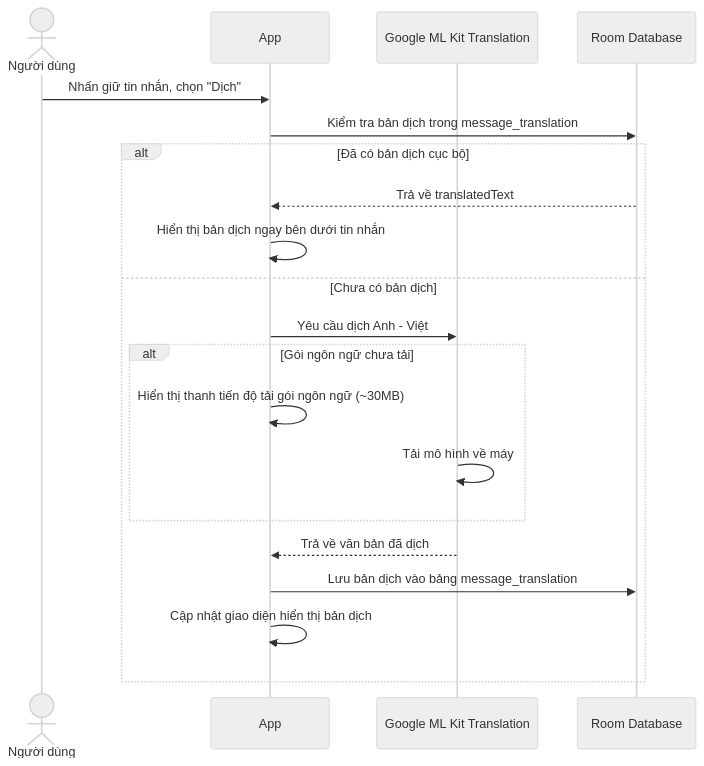
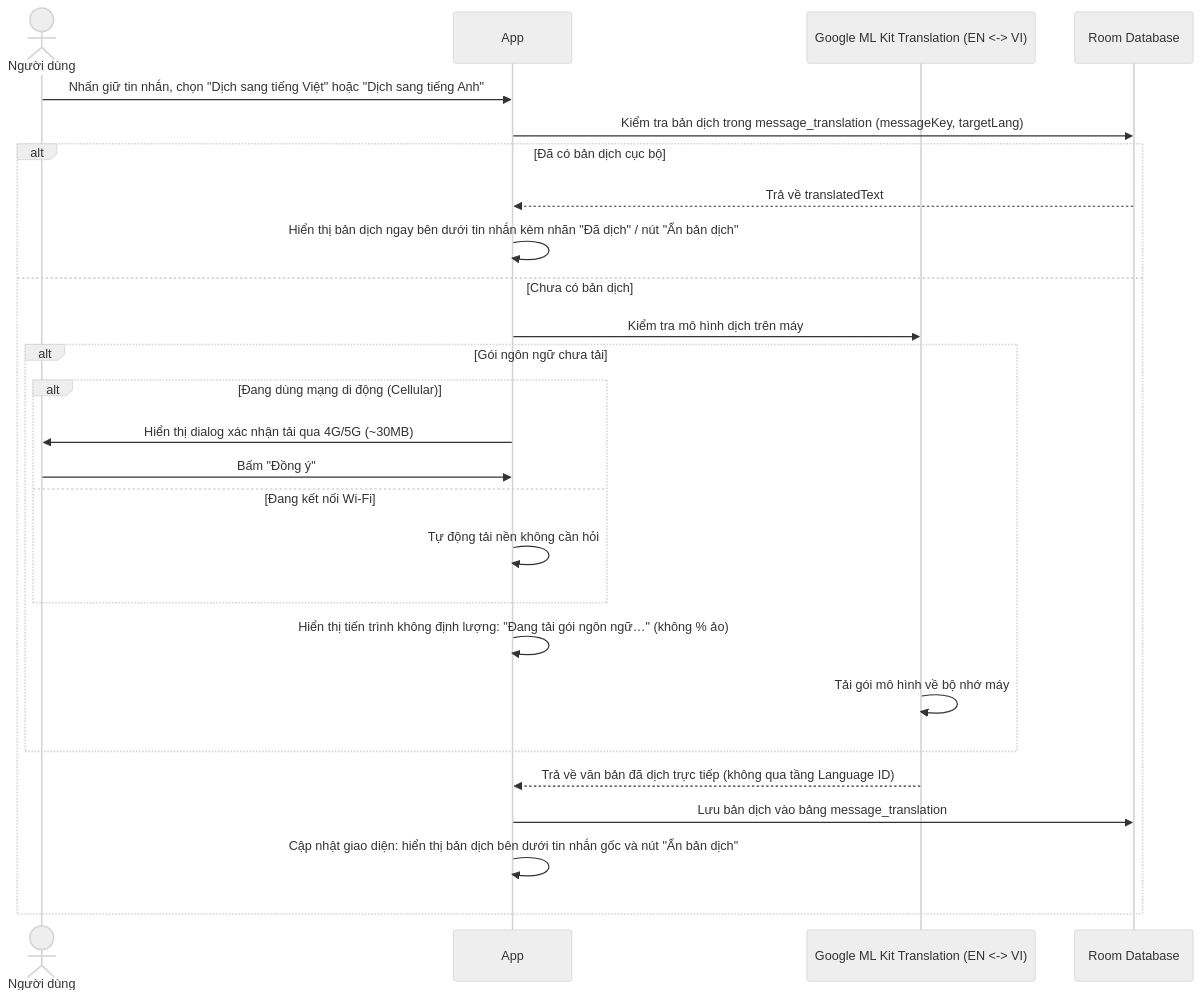
The eighth of 10 diagrams in docs/FLOWS.md (Project-Mobile-TEAM/Project_Mobile), drawn with Mermaid (neutral theme) before and after one commit. The commit also changed other lines of this file and 16 other files, not shown here.

Commit message:
feat(phase6): complete 06-01 media storage, range streaming, location tracer and V6 schema

````diff
--- a/docs/FLOWS.md
+++ b/docs/FLOWS.md
@@ -336,22 +338,28 @@
 ```mermaid
 sequenceDiagram
     actor U as Người dùng
     participant App as App
-    participant ML as Google ML Kit Translation
+    participant ML as Google ML Kit Translation (EN <-> VI)
     participant DB as Room Database
-    U->>App: Nhấn giữ tin nhắn, chọn "Dịch"
-    App->>DB: Kiểm tra bản dịch trong message_translation
+    U->>App: Nhấn giữ tin nhắn, chọn "Dịch sang tiếng Việt" hoặc "Dịch sang tiếng Anh"
+    App->>DB: Kiểm tra bản dịch trong message_translation (messageKey, targetLang)
     alt Đã có bản dịch cục bộ
         DB-->>App: Trả về translatedText
-        App->>App: Hiển thị bản dịch ngay bên dưới tin nhắn
+        App->>App: Hiển thị bản dịch ngay bên dưới tin nhắn kèm nhãn "Đã dịch" / nút "Ẩn bản dịch"
     else Chưa có bản dịch
-        App->>ML: Yêu cầu dịch Anh - Việt
+        App->>ML: Kiểm tra mô hình dịch trên máy
         alt Gói ngôn ngữ chưa tải
-            App->>App: Hiển thị thanh tiến độ tải gói ngôn ngữ (~30MB)
-            ML->>ML: Tải mô hình về máy
+            alt Đang dùng mạng di động (Cellular)
+                App->>U: Hiển thị dialog xác nhận tải qua 4G/5G (~30MB)
+                U->>App: Bấm "Đồng ý"
+            else Đang kết nối Wi-Fi
+                App->>App: Tự động tải nền không cần hỏi
+            end
+            App->>App: Hiển thị tiến trình không định lượng: "Đang tải gói ngôn ngữ…" (không % ảo)
+            ML->>ML: Tải gói mô hình về bộ nhớ máy
         end
-        ML-->>App: Trả về văn bản đã dịch
+        ML-->>App: Trả về văn bản đã dịch trực tiếp (không qua tầng Language ID)
         App->>DB: Lưu bản dịch vào bảng message_translation
-        App->>App: Cập nhật giao diện hiển thị bản dịch
+        App->>App: Cập nhật giao diện: hiển thị bản dịch bên dưới tin nhắn gốc và nút "Ẩn bản dịch"
     end
 ```
````
